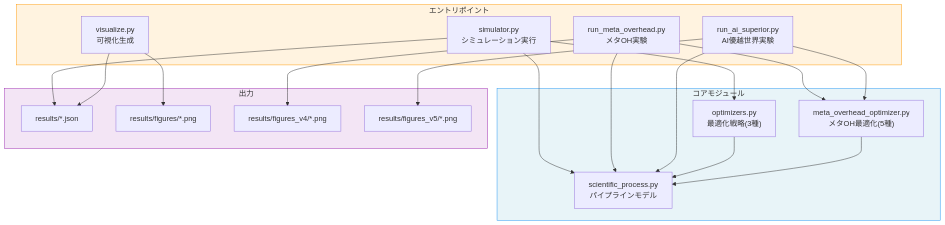
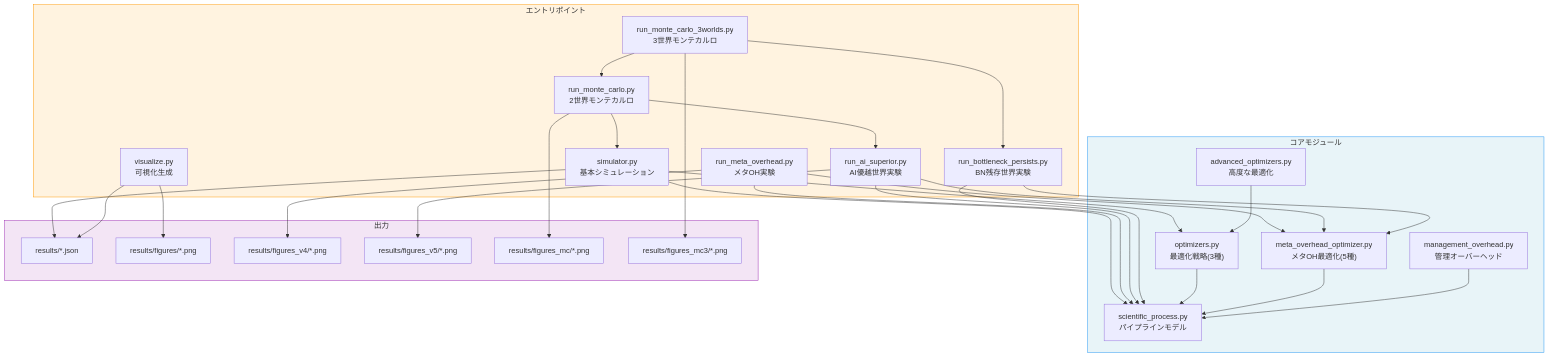
One commit to Taiyou/DeSciTokyo changed the first of 5 diagrams in docs/wiki/Architecture.md. Above: the diagram before and after it, drawn with Mermaid. The commit also changed other lines of this file and 9 other files, not shown here.

First line of the commit message:
Enrich wiki: MC corrections, cross-references, updated architecture

````diff
--- a/docs/wiki/Architecture.md
+++ b/docs/wiki/Architecture.md
@@ -5,40 +5,57 @@
 ```mermaid
 graph TD
     subgraph Entry["エントリポイント"]
-        SIM["simulator.py<br/>シミュレーション実行"]
+        SIM["simulator.py<br/>基本シミュレーション"]
         VIS["visualize.py<br/>可視化生成"]
         META["run_meta_overhead.py<br/>メタOH実験"]
         SUP["run_ai_superior.py<br/>AI優越世界実験"]
+        BNP["run_bottleneck_persists.py<br/>BN残存世界実験"]
+        MC["run_monte_carlo.py<br/>2世界モンテカルロ"]
+        MC3["run_monte_carlo_3worlds.py<br/>3世界モンテカルロ"]
     end
 
     subgraph Core["コアモジュール"]
         SP["scientific_process.py<br/>パイプラインモデル"]
         OPT["optimizers.py<br/>最適化戦略(3種)"]
+        ADV["advanced_optimizers.py<br/>高度な最適化"]
         MOH["meta_overhead_optimizer.py<br/>メタOH最適化(5種)"]
+        MGT["management_overhead.py<br/>管理オーバーヘッド"]
     end
 
     subgraph Output["出力"]
         JSON["results/*.json"]
         FIG1["results/figures/*.png"]
         FIG4["results/figures_v4/*.png"]
         FIG5["results/figures_v5/*.png"]
+        FIGMC["results/figures_mc/*.png"]
+        FIGMC3["results/figures_mc3/*.png"]
     end
 
     SIM --> SP
     SIM --> OPT
     SIM --> JSON
     VIS --> JSON
     VIS --> FIG1
     META --> SP
     META --> MOH
     META --> FIG4
     SUP --> SP
     SUP --> MOH
     SUP --> FIG5
+    BNP --> SP
+    BNP --> MOH
+    MC --> SIM
+    MC --> SUP
+    MC --> FIGMC
+    MC3 --> MC
+    MC3 --> BNP
+    MC3 --> FIGMC3
     OPT --> SP
+    ADV --> OPT
     MOH --> SP
+    MGT --> SP
 
     style Core fill:#e8f4f8,stroke:#2196F3
     style Entry fill:#fff3e0,stroke:#FF9800
     style Output fill:#f3e5f5,stroke:#9C27B0
 ```
````
